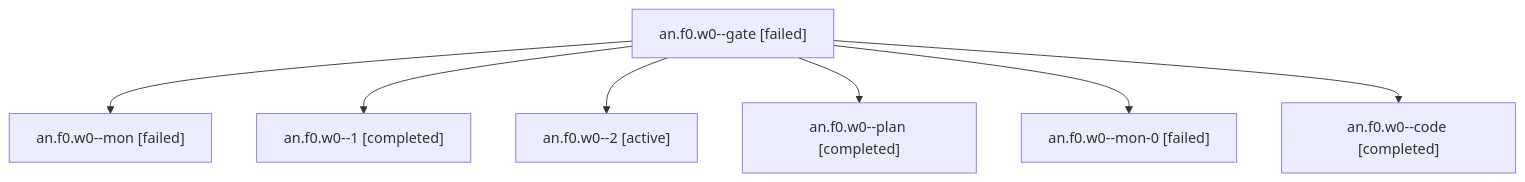
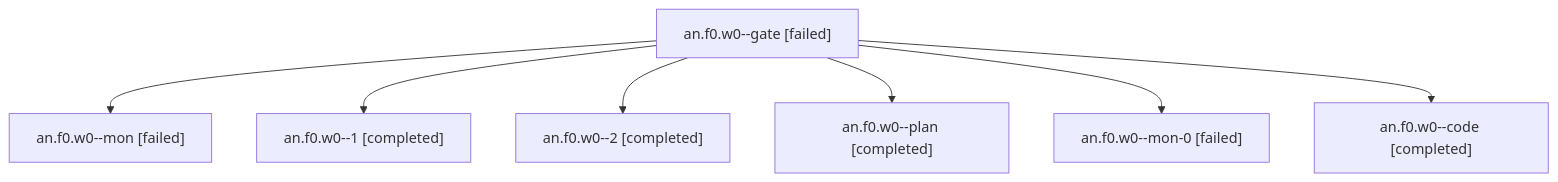
The diagram in sessions/bbugyi200.apollo.an.f0.w0.md (bobs-org/bob-cli--agents), drawn with Mermaid before and after one commit. The commit also changed other lines of this file and 41 other files, not shown here.

````diff
--- a/sessions/bbugyi200.apollo.an.f0.w0.md
+++ b/sessions/bbugyi200.apollo.an.f0.w0.md
@@ -9,16 +9,16 @@
 ```mermaid
 flowchart TD
   n0["an.f0.w0--gate [failed]"]
   n1["an.f0.w0--mon [failed]"]
   n0 --> n1
   n2["an.f0.w0--1 [completed]"]
   n0 --> n2
-  n3["an.f0.w0--2 [active]"]
+  n3["an.f0.w0--2 [completed]"]
   n0 --> n3
   n4["an.f0.w0--plan [completed]"]
   n0 --> n4
   n5["an.f0.w0--mon-0 [failed]"]
   n0 --> n5
   n6["an.f0.w0--code [completed]"]
   n0 --> n6
 ```
````
